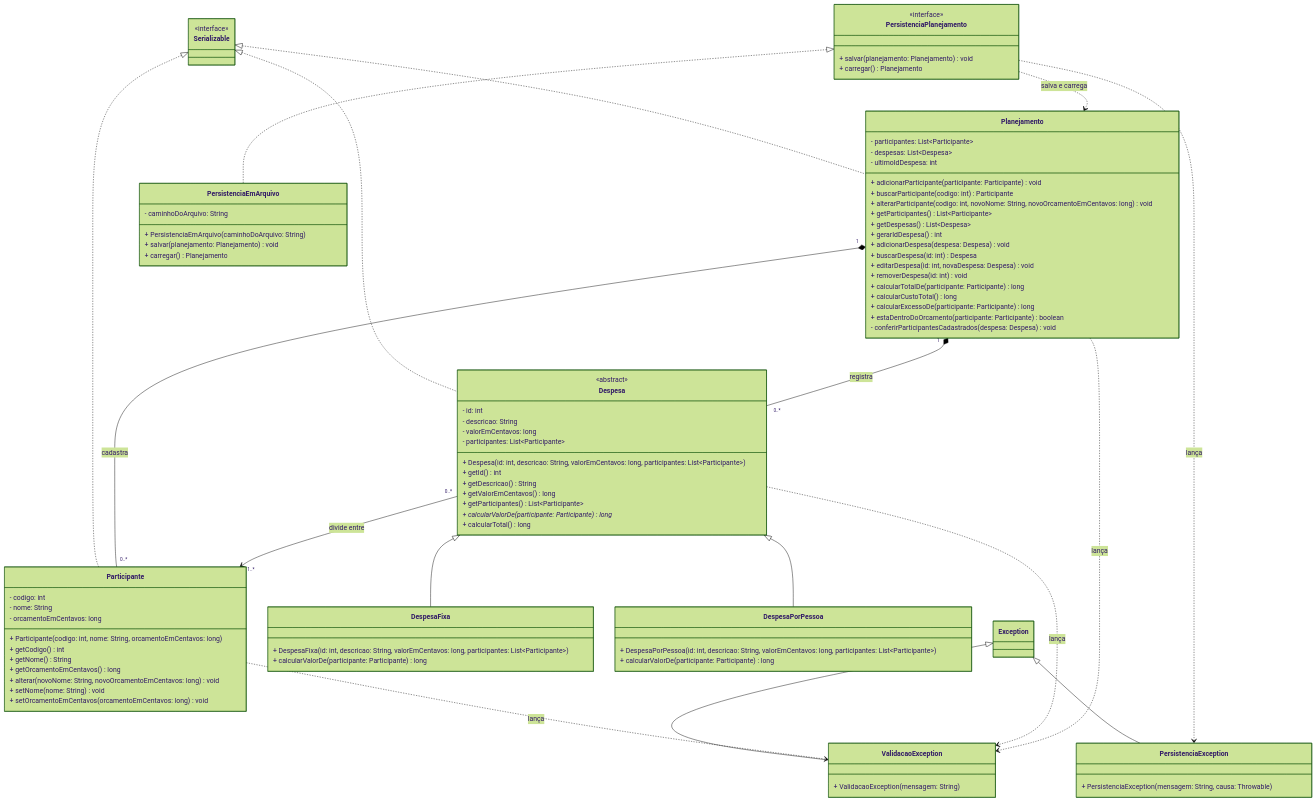
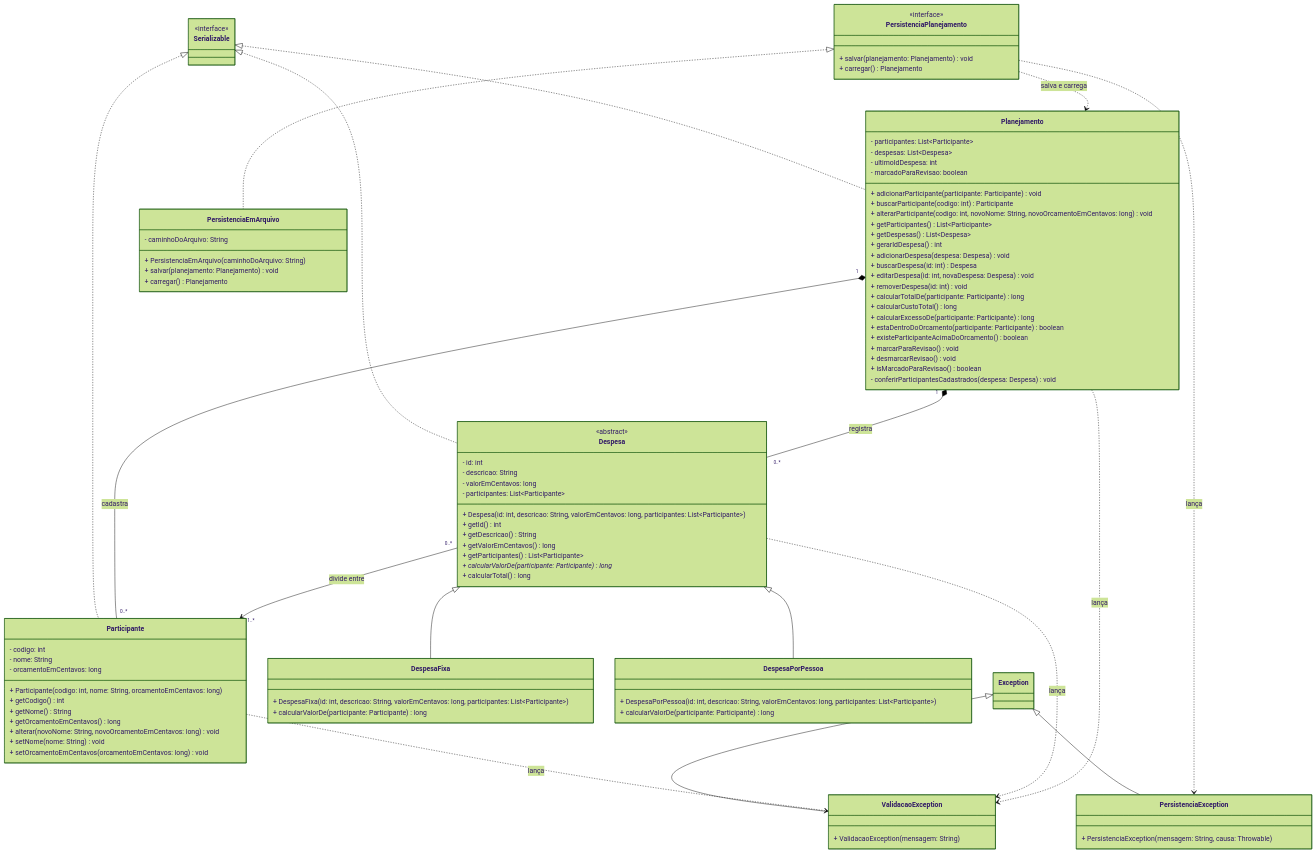
One commit to samuelbatista/unifor-poo-gestor-financas changed the diagram in docs/uml.md. Above: the diagram before and after it, drawn with Mermaid (forest theme). The commit also changed 2 other files, not shown here.

Commit message:
feat: registrar planejamento para revisão no modelo

```diff
--- a/docs/uml.md
+++ b/docs/uml.md
@@ -16,6 +16,7 @@
         - participantes: List~Participante~
         - despesas: List~Despesa~
         - ultimoIdDespesa: int
+        - marcadoParaRevisao: boolean
         
         %% Método para o CRUD de Participante
         + adicionarParticipante(participante: Participante) void
@@ -39,6 +40,12 @@
         + calcularCustoTotal() long
         + calcularExcessoDe(participante: Participante) long
         + estaDentroDoOrcamento(participante: Participante) boolean
+        + existeParticipanteAcimaDoOrcamento() boolean
+
+        %% Revisão do planejamento
+        + marcarParaRevisao() void
+        + desmarcarRevisao() void
+        + isMarcadoParaRevisao() boolean
         
         %% Ajudante interno: recusa despesa com participante não cadastrado
         - conferirParticipantesCadastrados(despesa: Despesa) void
```
